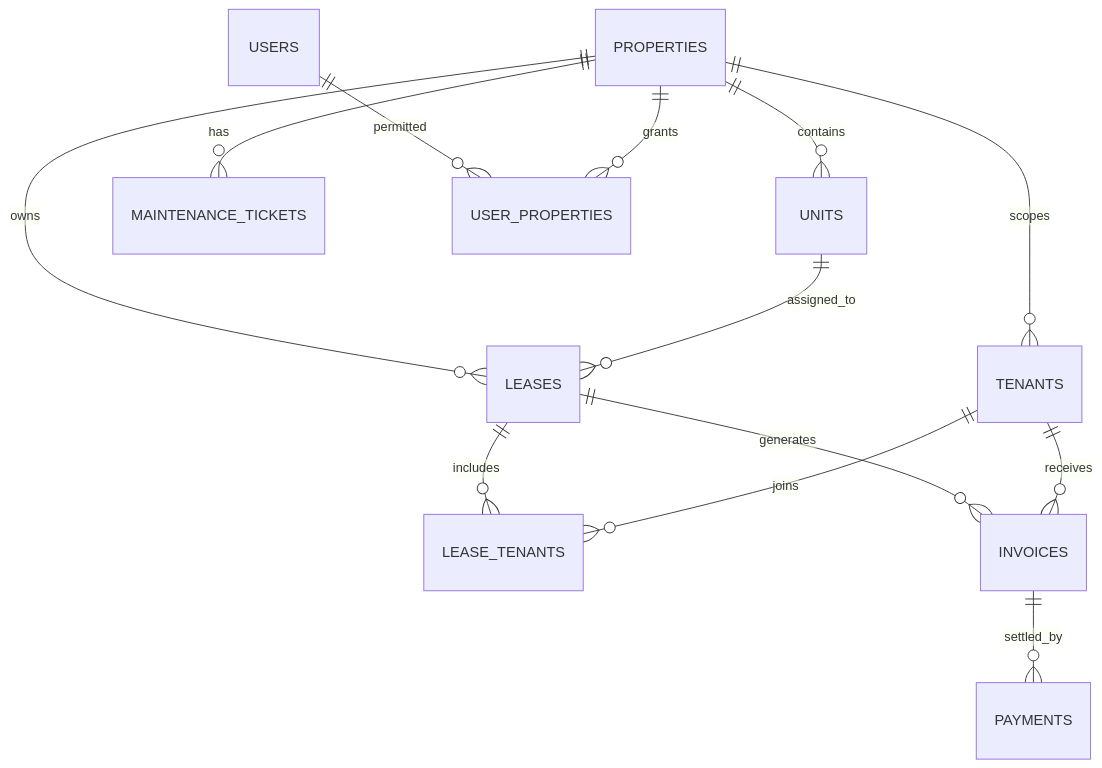
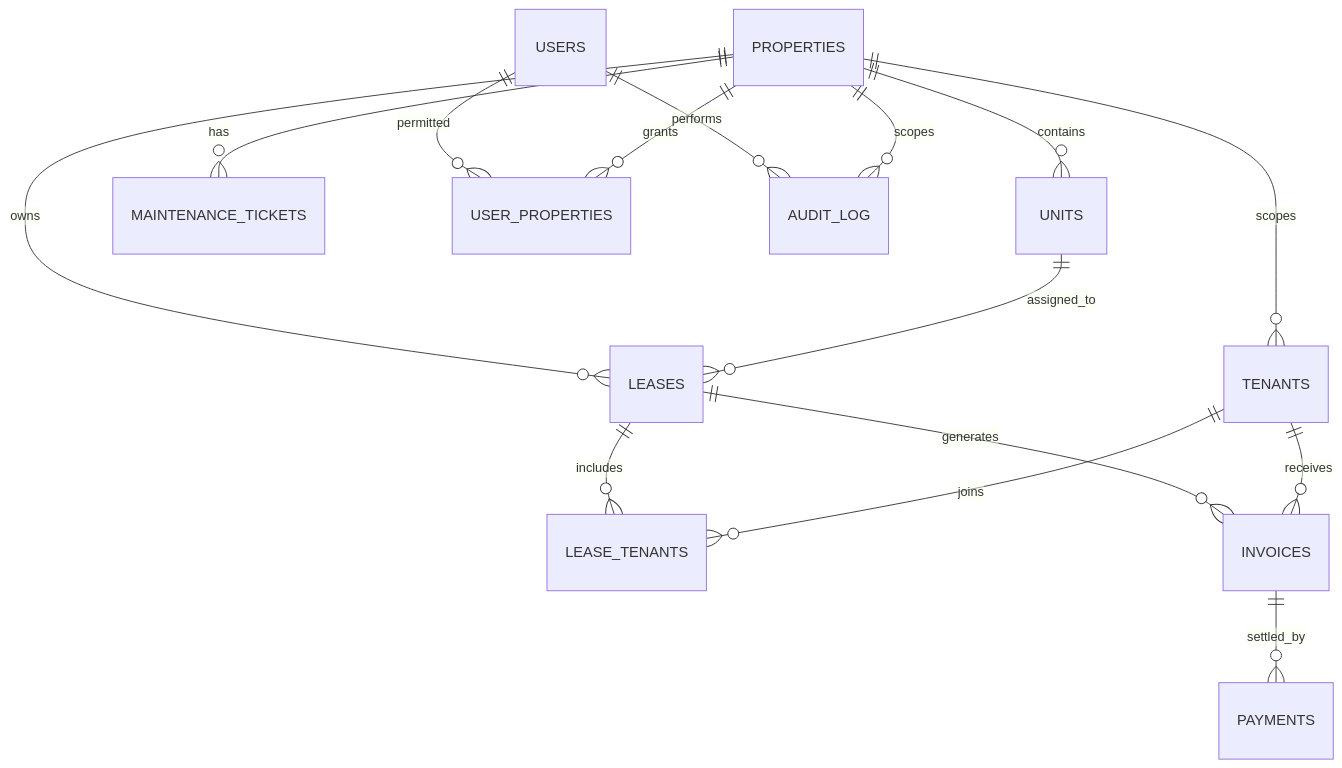
One commit to smeetbuilds/nivasaos changed the diagram in README.md. Above: the diagram before and after it, drawn with Mermaid. The commit also changed other lines of this file and 22 other files, not shown here.

````diff
--- a/README.md
+++ b/README.md
@@ -204,15 +208,17 @@
 ```mermaid
 erDiagram
   PROPERTIES ||--o{ UNITS : contains
   PROPERTIES ||--o{ TENANTS : scopes
   PROPERTIES ||--o{ LEASES : owns
   UNITS ||--o{ LEASES : assigned_to
   LEASES ||--o{ LEASE_TENANTS : includes
   TENANTS ||--o{ LEASE_TENANTS : joins
   LEASES ||--o{ INVOICES : generates
   TENANTS ||--o{ INVOICES : receives
   INVOICES ||--o{ PAYMENTS : settled_by
   PROPERTIES ||--o{ MAINTENANCE_TICKETS : has
   USERS ||--o{ USER_PROPERTIES : permitted
   PROPERTIES ||--o{ USER_PROPERTIES : grants
+  USERS ||--o{ AUDIT_LOG : performs
+  PROPERTIES ||--o{ AUDIT_LOG : scopes
 ```
````
